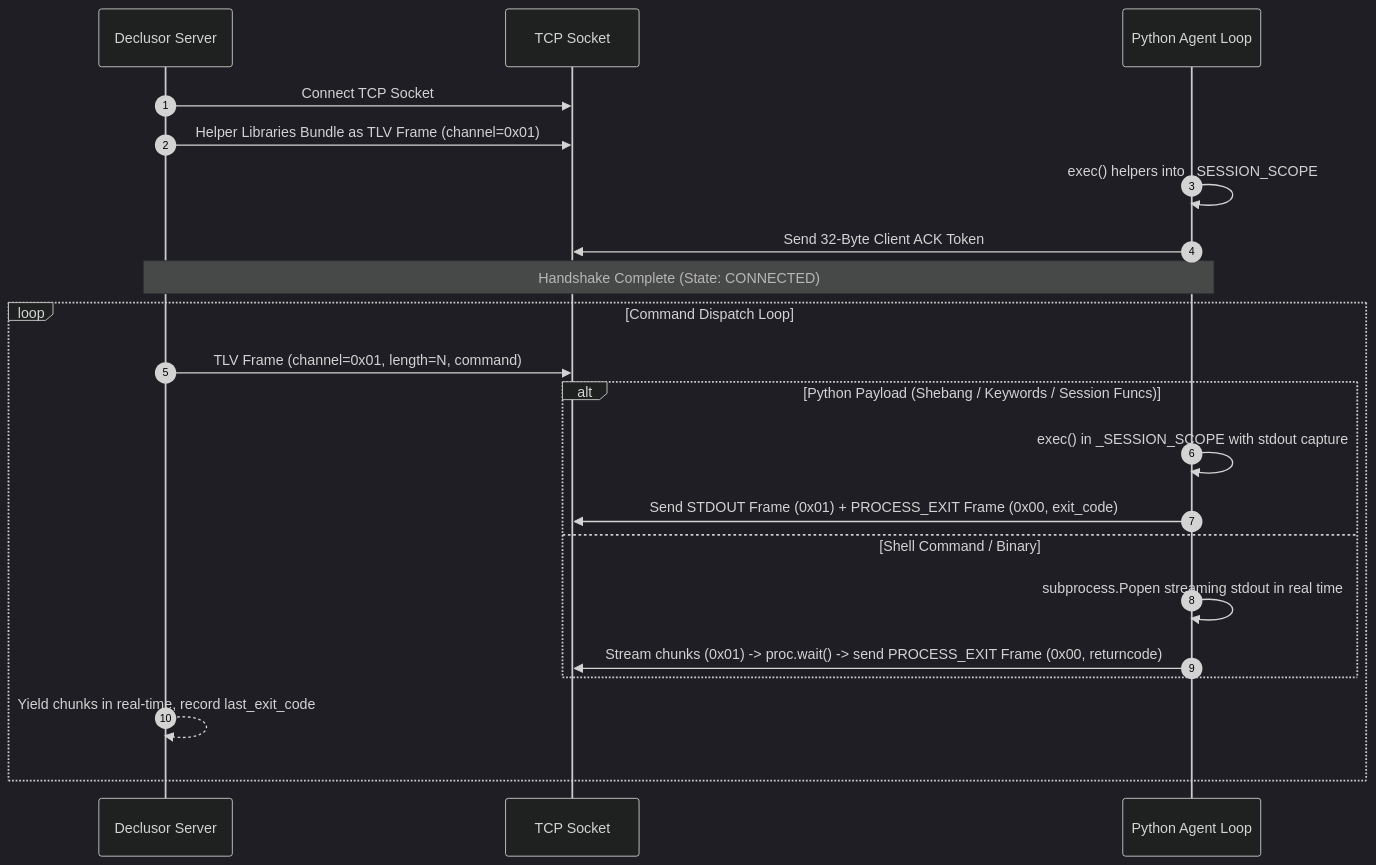
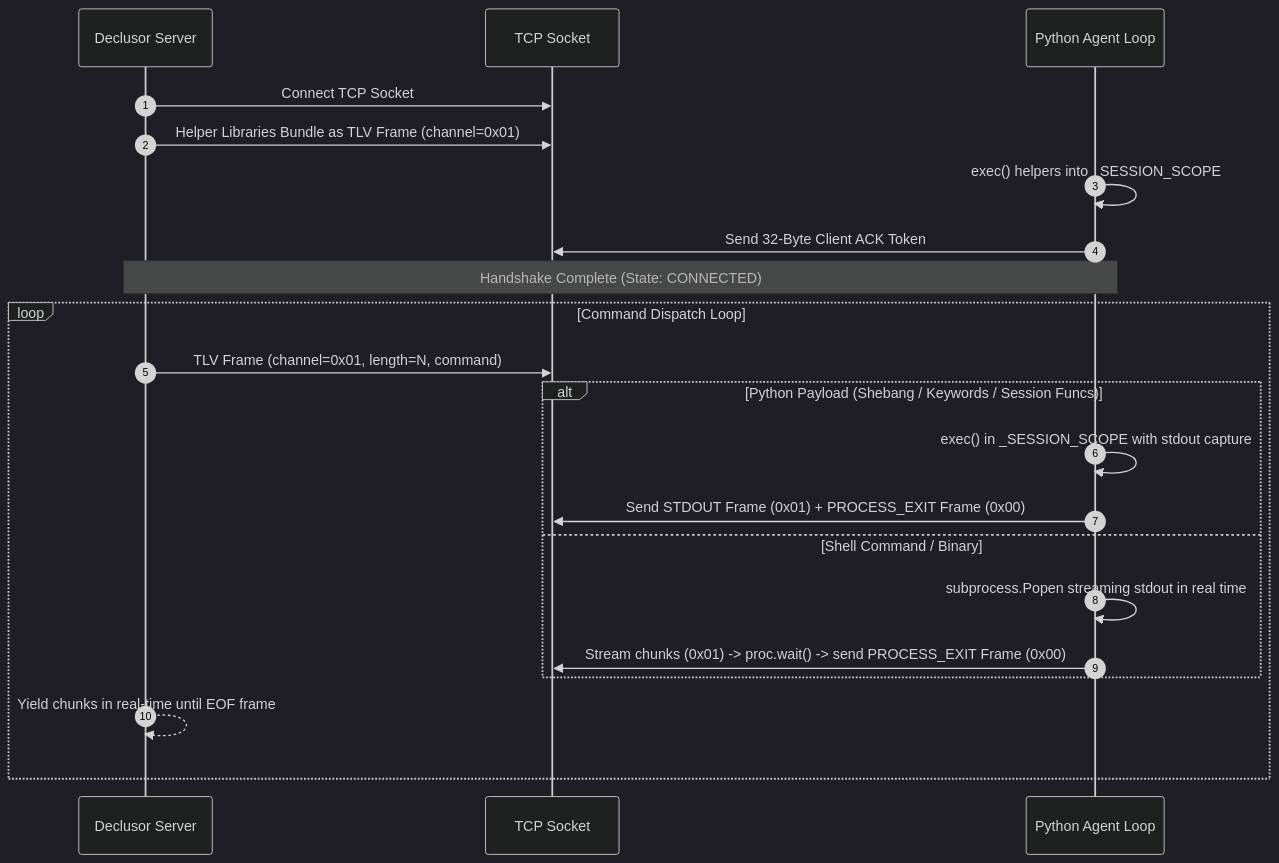
The second of 2 diagrams in plugins/py_socket/README.md (othon-hugo/declusor), drawn with Mermaid (dark theme) before and after one commit. The commit also changed 9 other files, not shown here.

````diff
--- a/plugins/py_socket/README.md
+++ b/plugins/py_socket/README.md
@@ -48,25 +48,25 @@
 ```mermaid
 sequenceDiagram
     autonumber
     participant Server as Declusor Server
     participant Sock as TCP Socket
     participant PyAgent as Python Agent Loop
 
     Server->>Sock: Connect TCP Socket
     Server->>Sock: Helper Libraries Bundle as TLV Frame (channel=0x01)
     PyAgent->>PyAgent: exec() helpers into _SESSION_SCOPE
     PyAgent->>Sock: Send 32-Byte Client ACK Token
     Note over Server,PyAgent: Handshake Complete (State: CONNECTED)
 
     loop Command Dispatch Loop
         Server->>Sock: TLV Frame (channel=0x01, length=N, command)
         alt Python Payload (Shebang / Keywords / Session Funcs)
             PyAgent->>PyAgent: exec() in _SESSION_SCOPE with stdout capture
-            PyAgent->>Sock: Send STDOUT Frame (0x01) + PROCESS_EXIT Frame (0x00, exit_code)
+            PyAgent->>Sock: Send STDOUT Frame (0x01) + PROCESS_EXIT Frame (0x00)
         else Shell Command / Binary
             PyAgent->>PyAgent: subprocess.Popen streaming stdout in real time
-            PyAgent->>Sock: Stream chunks (0x01) -> proc.wait() -> send PROCESS_EXIT Frame (0x00, returncode)
+            PyAgent->>Sock: Stream chunks (0x01) -> proc.wait() -> send PROCESS_EXIT Frame (0x00)
         end
-        Server-->>Server: Yield chunks in real-time, record last_exit_code
+        Server-->>Server: Yield chunks in real-time until EOF frame
     end
 ```
````
